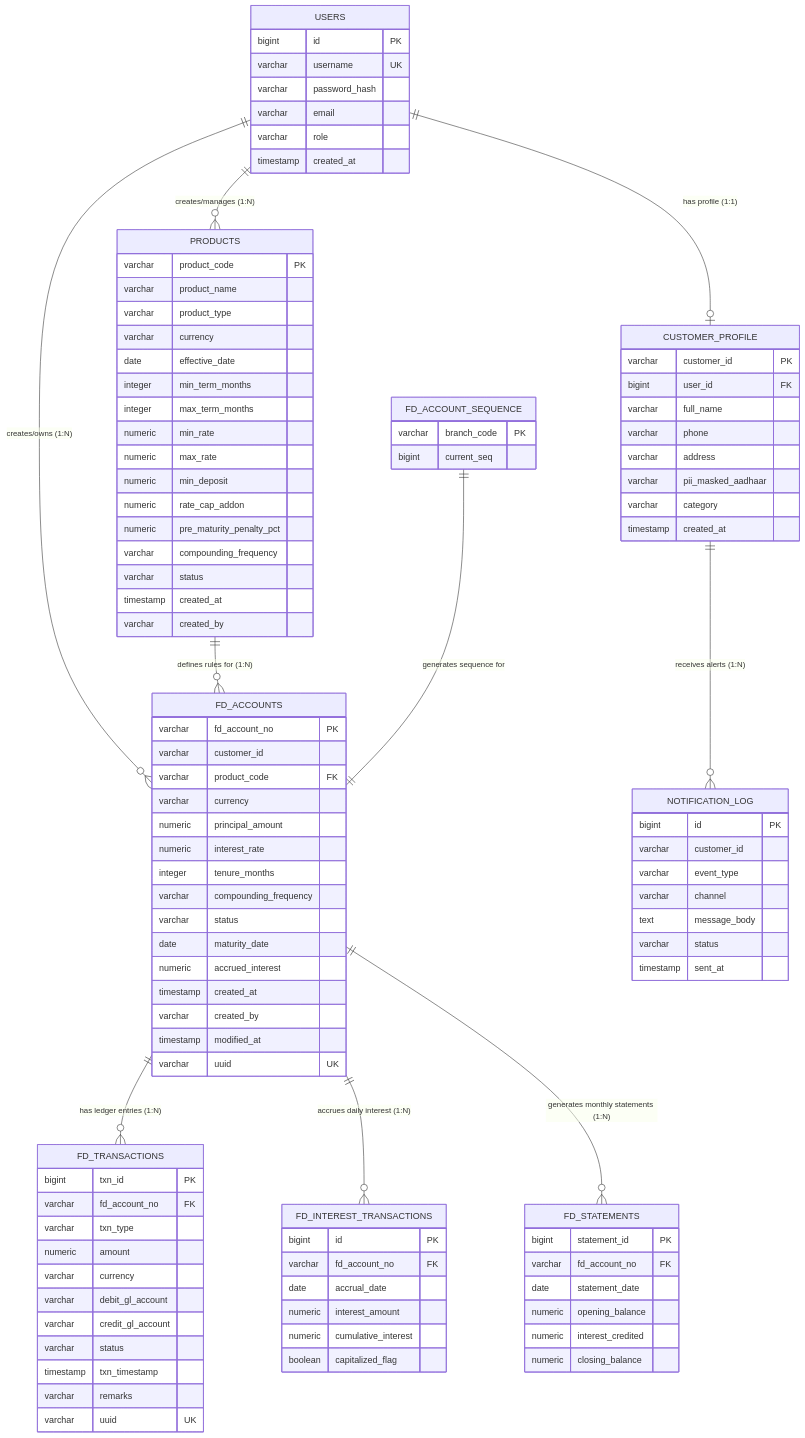
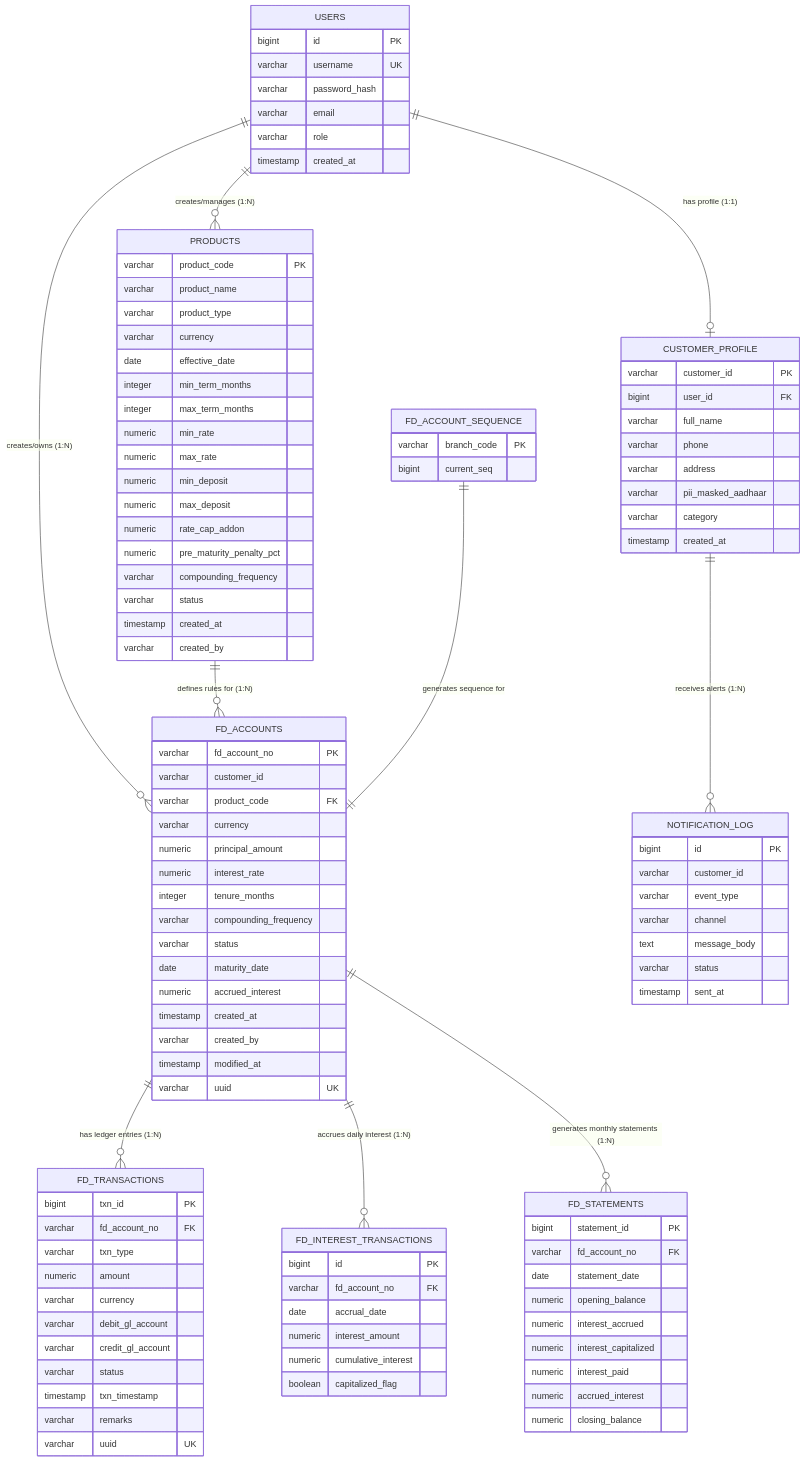
Before and after one commit to krishna1211711/fixed-deposit-microservice: the diagram in fd-microservice/DATABASE_ER_DIAGRAM.md, drawn with Mermaid. The commit also changed other lines of this file and 63 other files, not shown here.

```diff
--- a/fd-microservice/DATABASE_ER_DIAGRAM.md
+++ b/fd-microservice/DATABASE_ER_DIAGRAM.md
@@ -51,6 +51,7 @@
         numeric min_rate
         numeric max_rate
         numeric min_deposit
+        numeric max_deposit
         numeric rate_cap_addon
         numeric pre_maturity_penalty_pct
         varchar compounding_frequency
@@ -105,7 +106,10 @@
         varchar fd_account_no FK
         date statement_date
         numeric opening_balance
-        numeric interest_credited
+        numeric interest_accrued
+        numeric interest_capitalized
+        numeric interest_paid
+        numeric accrued_interest
         numeric closing_balance
     }
 
```
